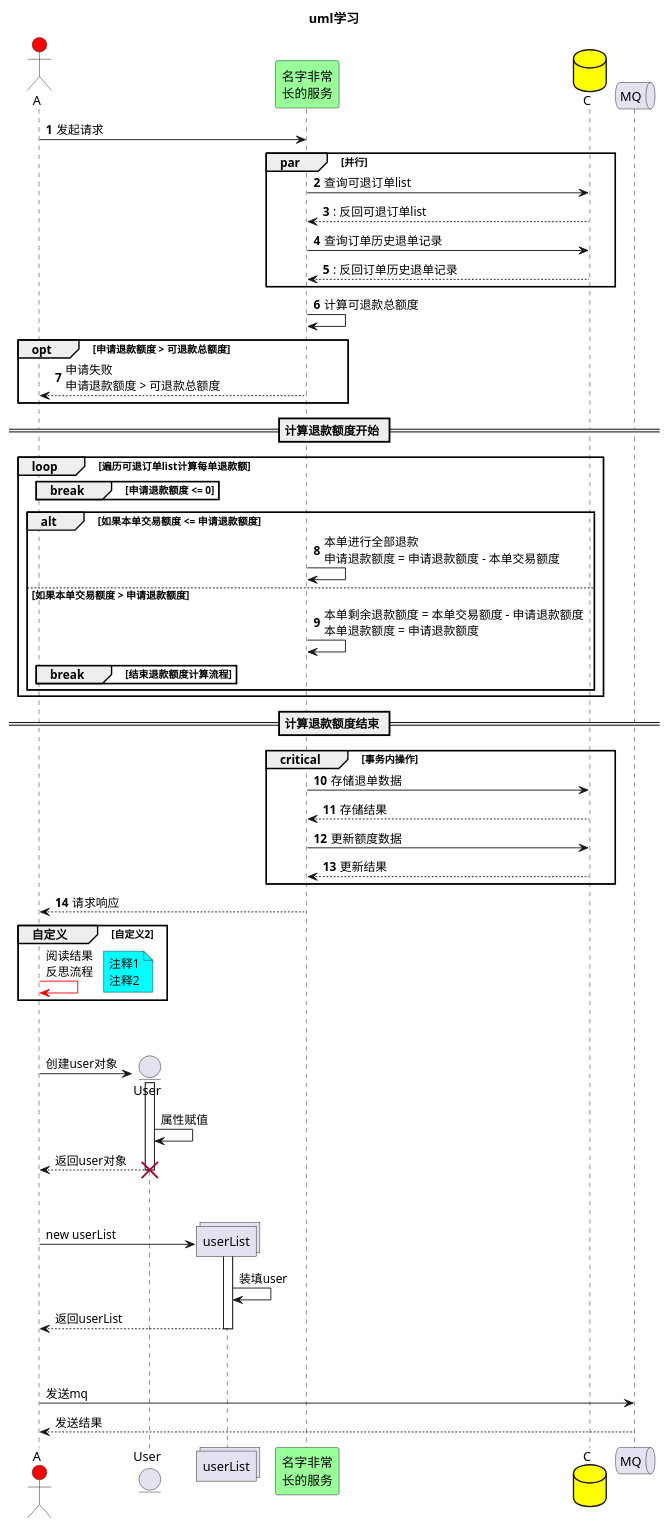
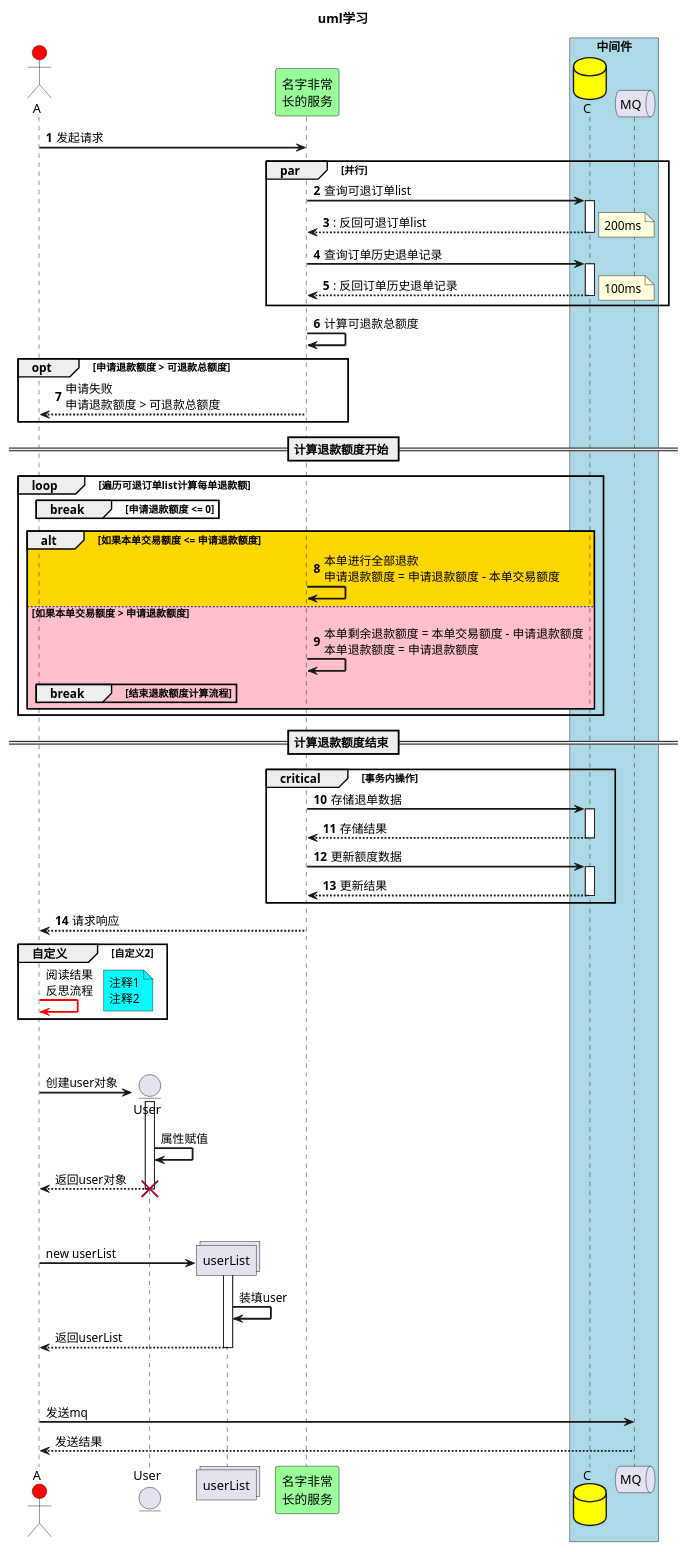
One commit to dictionaryshi/wxjj changed the diagram in diagram/Demo.puml. Above: the diagram before and after it, drawn with PlantUML.

Commit message:
Demo.puml

```diff
--- a/diagram/Demo.puml
+++ b/diagram/Demo.puml
@@ -1,75 +1,81 @@
 @startuml
 'uml学习'
 
 title uml学习
+'实线粗细'
+skinparam sequenceArrowThickness 2
 
 actor A #red
 entity User
 collections userList
 participant B as "名字非常\n长的服务" #99FF99
+box "中间件" #LightBlue
 database C #yellow
 queue MQ
+end box
 
 autonumber 1
 A -> B: 发起请求
 
 par 并行
-B -> C: 查询可退订单list
+B -> C ++: 查询可退订单list
 return: 反回可退订单list
-B -> C: 查询订单历史退单记录
+note right:200ms
+B -> C ++: 查询订单历史退单记录
 return: 反回订单历史退单记录
+note right:100ms
 end
 
 B -> B: 计算可退款总额度
 opt 申请退款额度 > 可退款总额度
 B --> A: 申请失败\n申请退款额度 > 可退款总额度
 end
 
 == 计算退款额度开始 ==
 loop 遍历可退订单list计算每单退款额
 break 申请退款额度 <= 0
 end
 
-alt 如果本单交易额度 <= 申请退款额度
+alt #Gold 如果本单交易额度 <= 申请退款额度
 B -> B: 本单进行全部退款\n申请退款额度 = 申请退款额度 - 本单交易额度
-else 如果本单交易额度 > 申请退款额度
+else #Pink 如果本单交易额度 > 申请退款额度
 B -> B: 本单剩余退款额度 = 本单交易额度 - 申请退款额度\n本单退款额度 = 申请退款额度
 break 结束退款额度计算流程
 end
 end
 end
 == 计算退款额度结束 ==
 
 critical 事务内操作
-B -> C: 存储退单数据
+B -> C ++: 存储退单数据
 return 存储结果
-B -> C: 更新额度数据
+B -> C ++: 更新额度数据
 return 更新结果
 end
 
 B --> A: 请求响应
 autonumber stop
 
 group 自定义 [自定义2]
 A -[#red]> A: 阅读结果\n反思流程
 note right #aqua : 注释1\n注释2
 end
 
 ||50||
 A -> User **: 创建user对象
 activate User
 User -> User: 属性赋值
 User --> A : 返回user对象
 destroy User
 
 ||50||
 A -> userList ** : new userList
 activate userList
 userList -> userList: 装填user
 userList --> A -- : 返回userList
 
 ||50||
 A -> MQ: 发送mq
 MQ --> A: 发送结果
 
 @enduml
```
